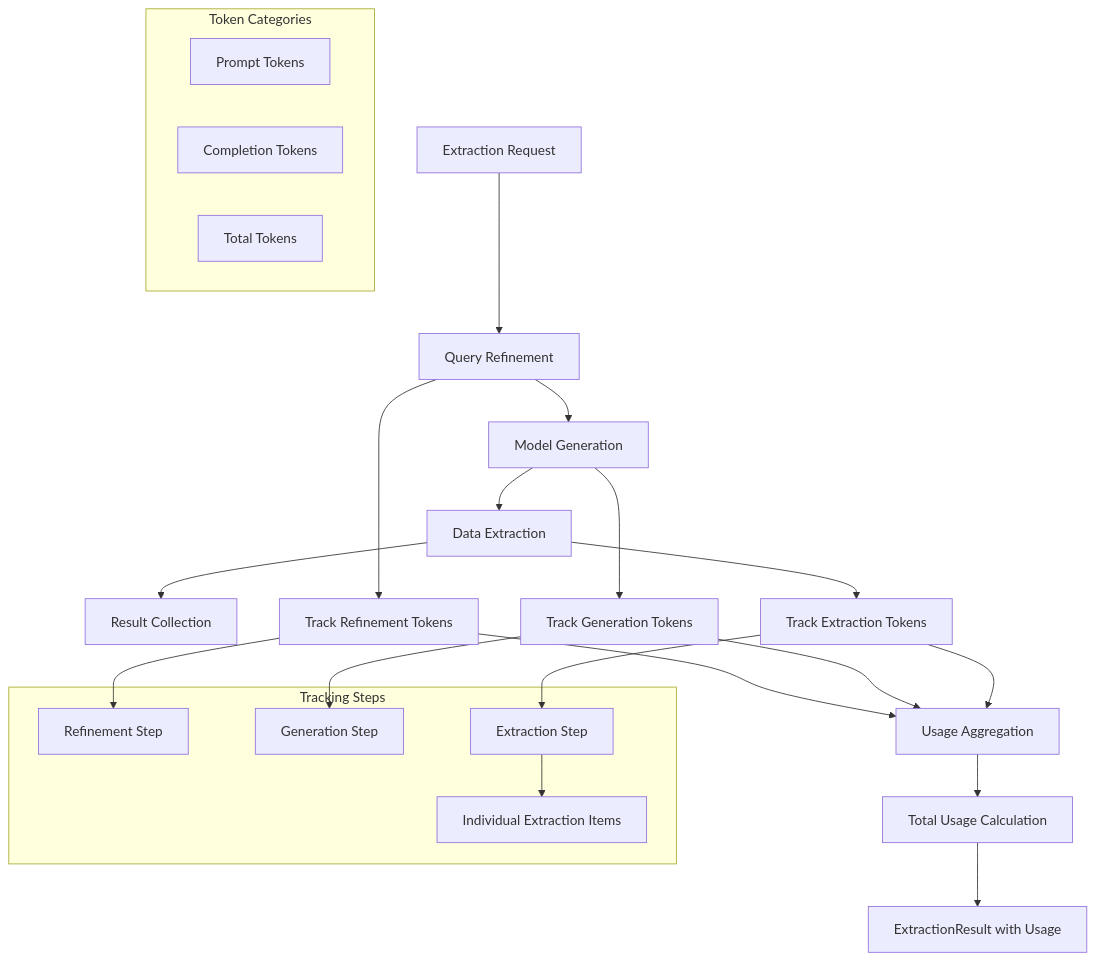
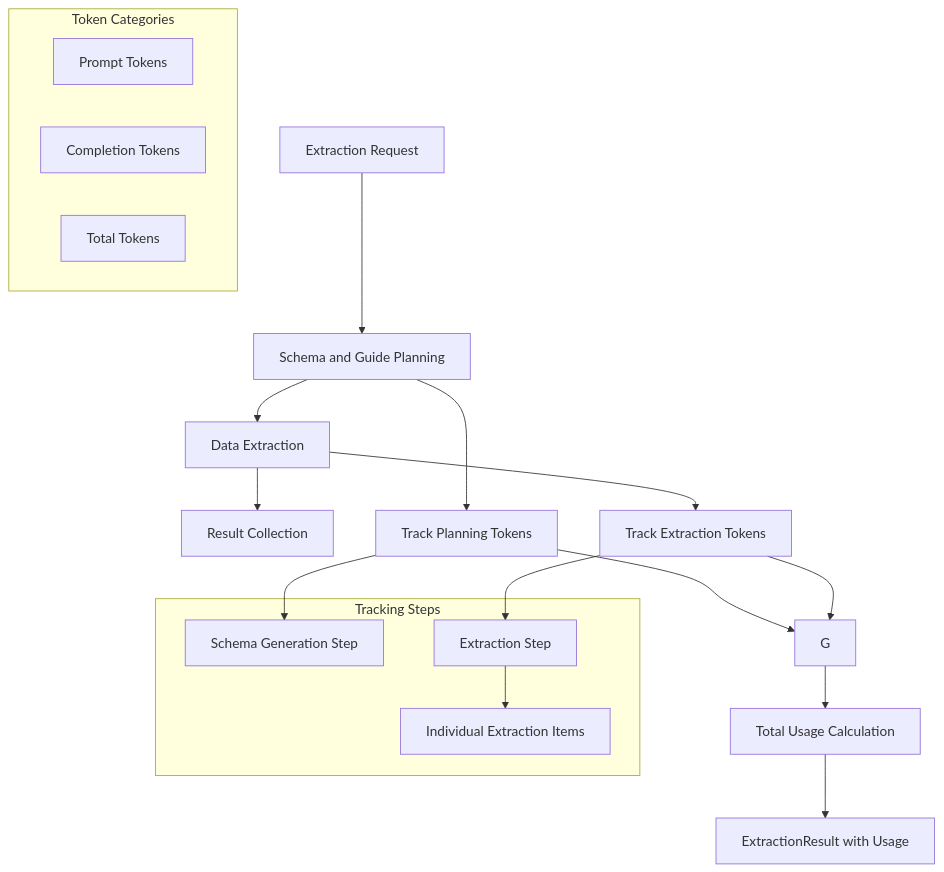
Before and after one commit to Blacksuan19/structx: the diagram in docs/guides/token-tracking.md, drawn with Mermaid. The commit also changed other lines of this file and 10 other files, not shown here.

First line of the commit message:
docs(llm): update planning and usage guidance

````diff
--- a/docs/guides/token-tracking.md
+++ b/docs/guides/token-tracking.md
@@ -11,36 +11,31 @@
 ```mermaid
 graph TD
-    A[Extraction Request] --> B[Query Refinement]
-    B --> C[Model Generation]
-    C --> D[Data Extraction]
+    A[Extraction Request] --> B[Schema and Guide Planning]
+    B --> D[Data Extraction]
     D --> E[Result Collection]
 
-    B --> F1[Track Refinement Tokens]
-    C --> F2[Track Generation Tokens]
+    B --> F2[Track Planning Tokens]
     D --> F3[Track Extraction Tokens]
 
-    F1 --> G[Usage Aggregation]
     F2 --> G
     F3 --> G
 
     G --> H[Total Usage Calculation]
     H --> I[ExtractionResult with Usage]
 
     subgraph "Token Categories"
         J[Prompt Tokens]
         K[Completion Tokens]
         L[Total Tokens]
     end
 
     subgraph "Tracking Steps"
-        M[Refinement Step]
-        N[Generation Step]
+        N[Schema Generation Step]
         O[Extraction Step]
         P[Individual Extraction Items]
     end
 
-    F1 --> M
     F2 --> N
     F3 --> O
     O --> P
 ```
````
